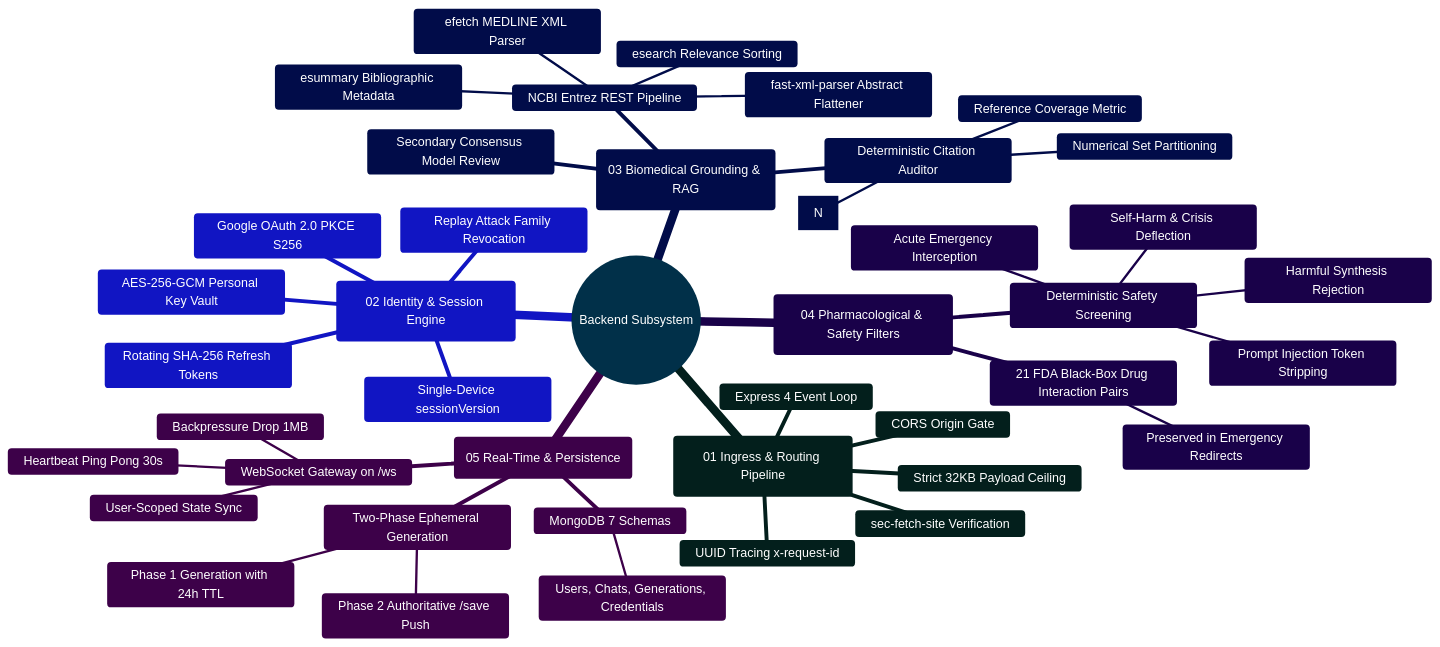
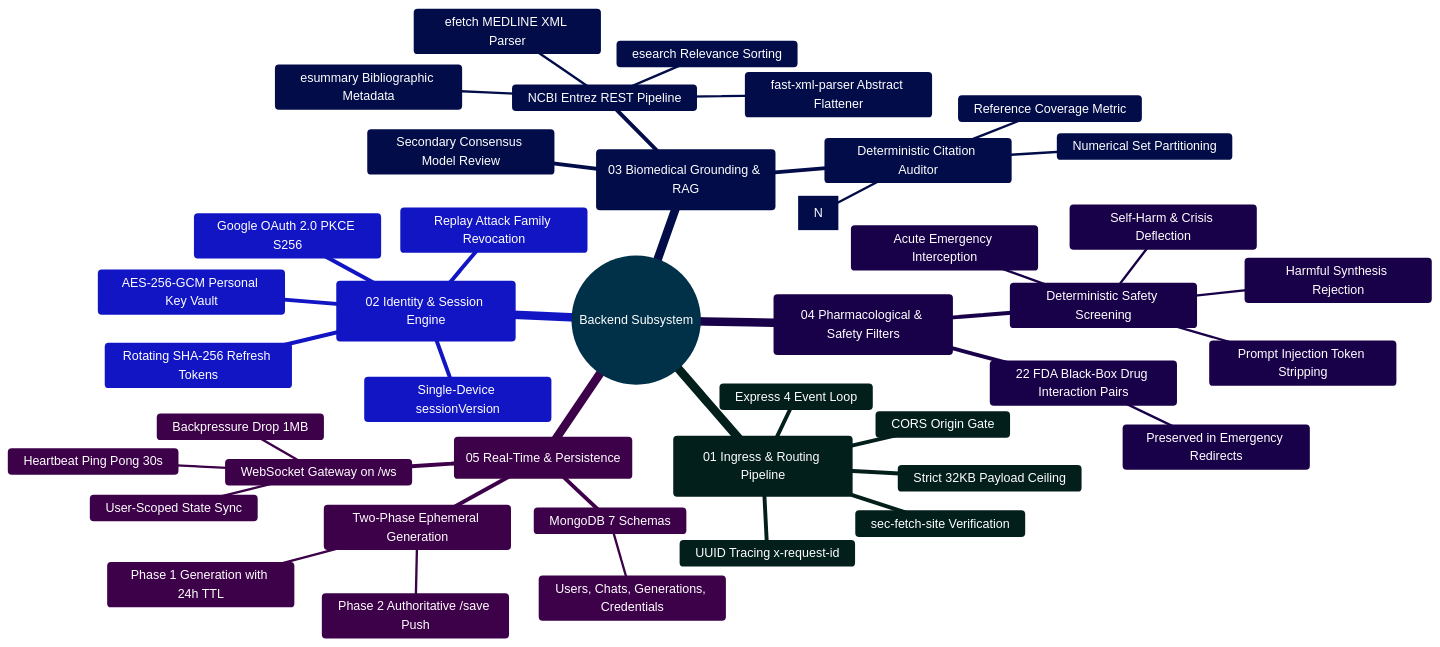
The first of 2 diagrams in backend/README.md (Ganesh172919/React-App-LLM), drawn with Mermaid before and after one commit. The commit also changed other lines of this file and 46 other files, not shown here.

````diff
--- a/backend/README.md
+++ b/backend/README.md
@@ -73,47 +73,47 @@
 ```mermaid
 %%{init: {'theme': 'base', 'themeVariables': { 'primaryColor': '#0284c7', 'primaryTextColor': '#ffffff', 'primaryBorderColor': '#0369a1', 'lineColor': '#0284c7', 'secondaryColor': '#0d9488', 'tertiaryColor': '#6366f1' }}}%%
 mindmap
   root((Backend Subsystem))
     ::icon(fa fa-server)
     (01 Ingress & Routing Pipeline)
       Express 4 Event Loop
       UUID Tracing x-request-id
       CORS Origin Gate
       sec-fetch-site Verification
       Strict 32KB Payload Ceiling
     (02 Identity & Session Engine)
       Single-Device sessionVersion
       Rotating SHA-256 Refresh Tokens
       Replay Attack Family Revocation
       Google OAuth 2.0 PKCE S256
       AES-256-GCM Personal Key Vault
     (03 Biomedical Grounding & RAG)
       NCBI Entrez REST Pipeline
         esearch Relevance Sorting
         esummary Bibliographic Metadata
         efetch MEDLINE XML Parser
         fast-xml-parser Abstract Flattener
       Deterministic Citation Auditor
         Bracket Regex Extraction [N]
         Numerical Set Partitioning
         Reference Coverage Metric
       Secondary Consensus Model Review
     (04 Pharmacological & Safety Filters)
       Deterministic Safety Screening
         Self-Harm & Crisis Deflection
         Acute Emergency Interception
         Harmful Synthesis Rejection
         Prompt Injection Token Stripping
-      21 FDA Black-Box Drug Interaction Pairs
+      22 FDA Black-Box Drug Interaction Pairs
         Preserved in Emergency Redirects
     (05 Real-Time & Persistence)
       Two-Phase Ephemeral Generation
         Phase 1 Generation with 24h TTL
         Phase 2 Authoritative /save Push
       WebSocket Gateway on /ws
         Heartbeat Ping Pong 30s
         Backpressure Drop 1MB
         User-Scoped State Sync
       MongoDB 7 Schemas
         Users, Chats, Generations, Credentials
 ```
````
